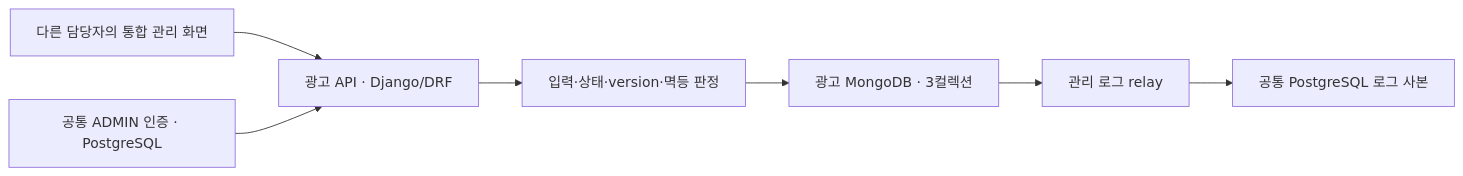
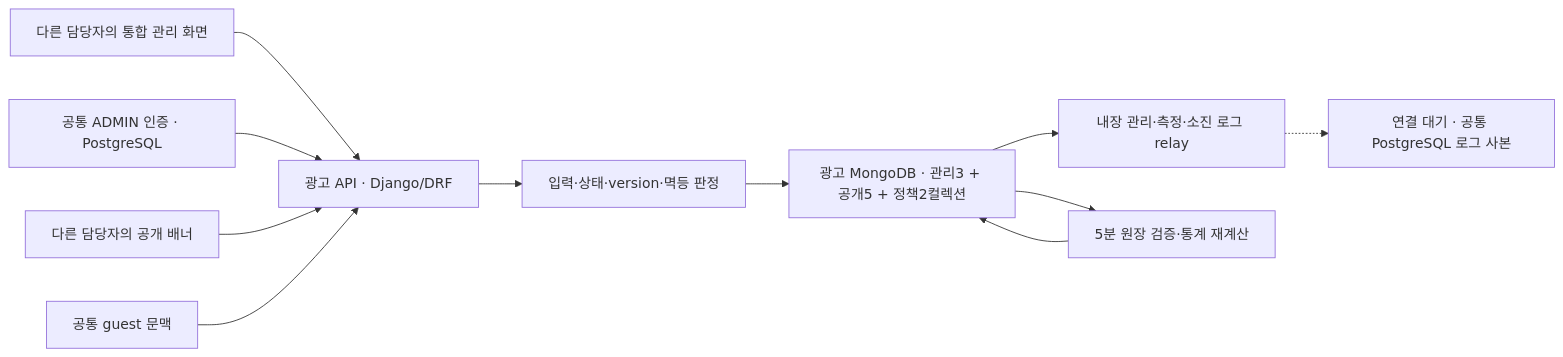
Before and after one commit to encore-ai-campus/mlo-01-p3-team1: the first of 2 diagrams in docs/development/ads/광고_데이터와_로직_설계.md, drawn with Mermaid. The commit also changed other lines of this file and 216 other files, not shown here.

````diff
--- a/docs/development/ads/광고_데이터와_로직_설계.md
+++ b/docs/development/ads/광고_데이터와_로직_설계.md
@@ -29,9 +29,13 @@
 ```mermaid
 flowchart LR
     UI[다른 담당자의 통합 관리 화면] --> API[광고 API · Django/DRF]
     AUTH[공통 ADMIN 인증 · PostgreSQL] --> API
+    PUBLIC[다른 담당자의 공개 배너] --> API
+    GUEST[공통 guest 문맥] --> API
     API --> DOMAIN[입력·상태·version·멱등 판정]
-    DOMAIN --> MONGO[광고 MongoDB · 3컬렉션]
-    MONGO --> RELAY[관리 로그 relay]
-    RELAY --> LOG[공통 PostgreSQL 로그 사본]
+    DOMAIN --> MONGO[광고 MongoDB · 관리3 + 공개5 + 정책2컬렉션]
+    MONGO --> RELAY[내장 관리·측정·소진 로그 relay]
+    MONGO --> BATCH[5분 원장 검증·통계 재계산]
+    BATCH --> MONGO
+    RELAY -.-> LOG[연결 대기 · 공통 PostgreSQL 로그 사본]
 ```
````
